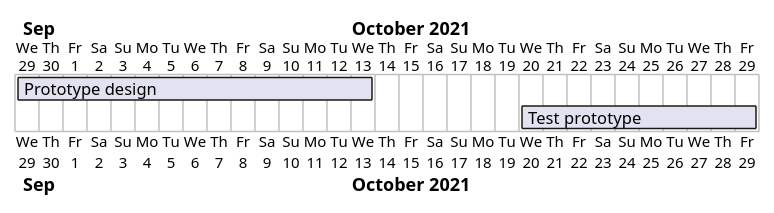
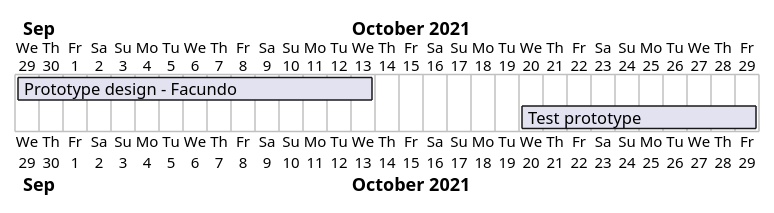
One commit to facund015/codeRelatedObsidianNotes changed the diagram in Diagramas.md. Above: the diagram before and after it, drawn with PlantUML. The commit also changed 1 other file, not shown here.

Commit message:
vault backup: 2021-09-29 12:11:37

````diff
--- a/Diagramas.md
+++ b/Diagramas.md
@@ -1,15 +1,15 @@
 ```plantuml
 
 @startgantt
-[Prototype design] lasts 15 days
+[Prototype design - Facundo] lasts 15 days
 [Test prototype] lasts 10 days
 
 Project starts 2021-09-29
-[Prototype design] starts 2021-09-29
+[Prototype design - Facundo] starts 2021-09-29
 [Test prototype] starts 2021-10-20
 
 @endgantt
 
 
 
 ```
````
